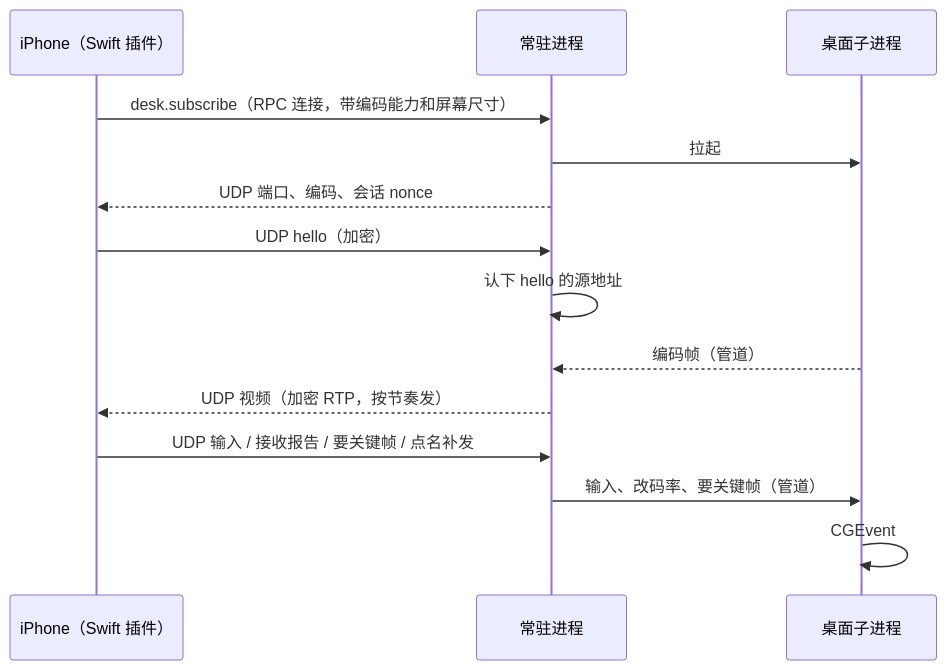
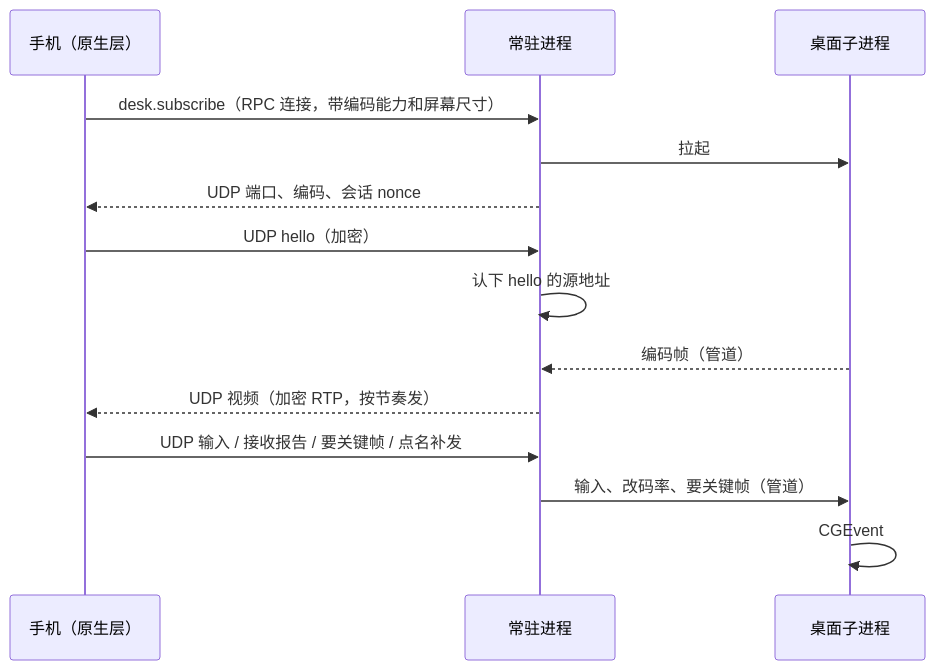
Before and after one commit to syanbo/posse: the diagram in docs/plans/phone-desktop.md, drawn with Mermaid. The commit also changed other lines of this file and 20 other files, not shown here.

````diff
--- a/docs/plans/phone-desktop.md
+++ b/docs/plans/phone-desktop.md
@@ -31,16 +31,16 @@
 ```mermaid
 sequenceDiagram
-  participant P as iPhone（Swift 插件）
+  participant P as 手机（原生层）
   participant D as 常驻进程
   participant H as 桌面子进程
   P->>D: desk.subscribe（RPC 连接，带编码能力和屏幕尺寸）
   D->>H: 拉起
   D-->>P: UDP 端口、编码、会话 nonce
   P->>D: UDP hello（加密）
   D->>D: 认下 hello 的源地址
   H-->>D: 编码帧（管道）
   D-->>P: UDP 视频（加密 RTP，按节奏发）
   P->>D: UDP 输入 / 接收报告 / 要关键帧 / 点名补发
   D->>H: 输入、改码率、要关键帧（管道）
   H->>H: CGEvent
 ```
````
